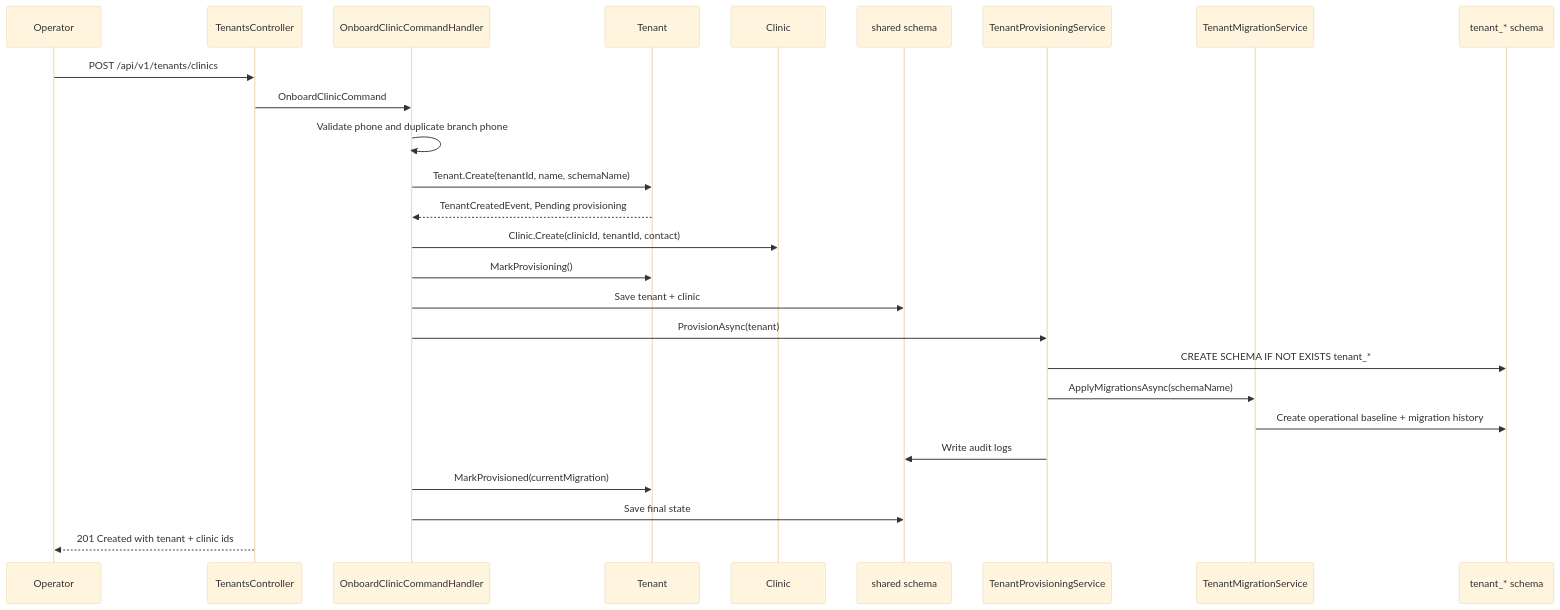
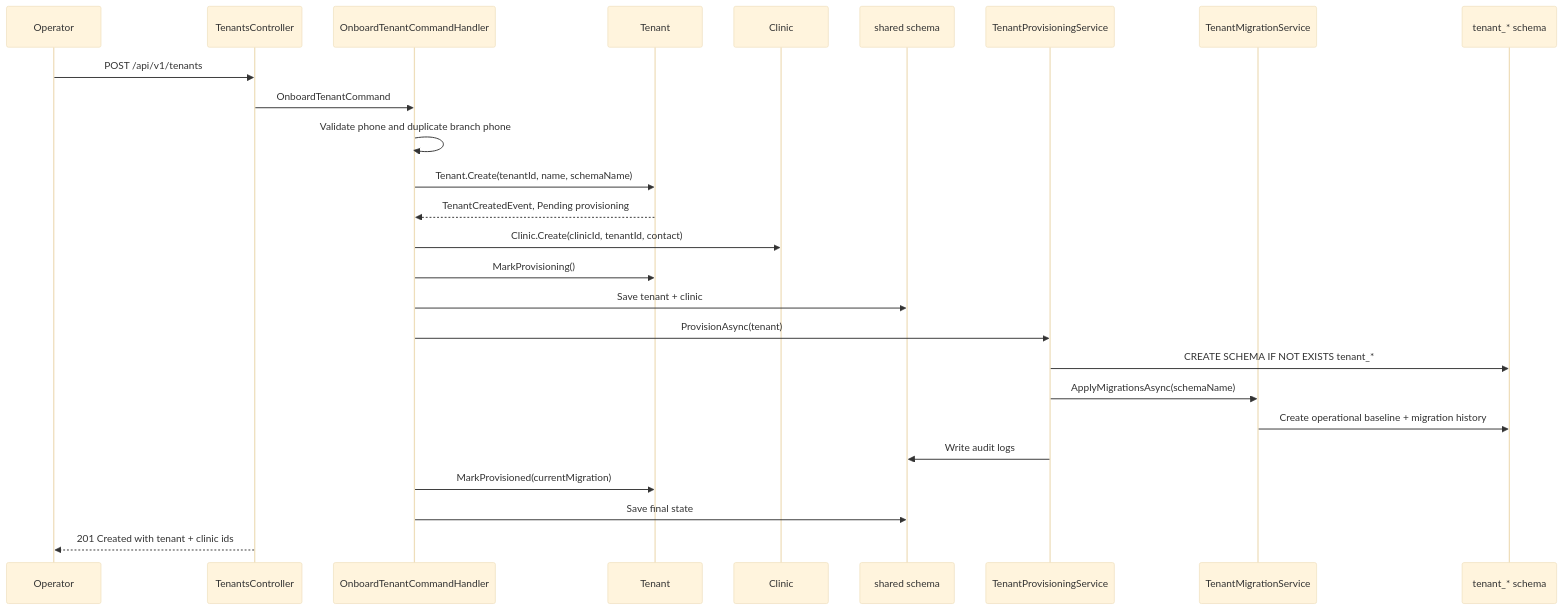
The second of 2 diagrams in learning-journey/003-tenant-provisioning/architecture-walkthrough.md (Bishoy-Mmb/CliniKey), drawn with Mermaid (base theme) before and after one commit. The commit also changed other lines of this file and 43 other files, not shown here.

Commit message:
Rename tenant management API surface

````diff
--- a/learning-journey/003-tenant-provisioning/architecture-walkthrough.md
+++ b/learning-journey/003-tenant-provisioning/architecture-walkthrough.md
@@ -82,29 +82,29 @@
 ```mermaid
 sequenceDiagram
     participant Operator
     participant API as TenantsController
-    participant Handler as OnboardClinicCommandHandler
+    participant Handler as OnboardTenantCommandHandler
     participant Tenant
     participant Clinic
     participant Shared as shared schema
     participant Provisioning as TenantProvisioningService
     participant Migration as TenantMigrationService
     participant TenantDb as tenant_* schema
 
-    Operator->>API: POST /api/v1/tenants/clinics
-    API->>Handler: OnboardClinicCommand
+    Operator->>API: POST /api/v1/tenants
+    API->>Handler: OnboardTenantCommand
     Handler->>Handler: Validate phone and duplicate branch phone
     Handler->>Tenant: Tenant.Create(tenantId, name, schemaName)
     Tenant-->>Handler: TenantCreatedEvent, Pending provisioning
     Handler->>Clinic: Clinic.Create(clinicId, tenantId, contact)
     Handler->>Tenant: MarkProvisioning()
     Handler->>Shared: Save tenant + clinic
     Handler->>Provisioning: ProvisionAsync(tenant)
     Provisioning->>TenantDb: CREATE SCHEMA IF NOT EXISTS tenant_*
     Provisioning->>Migration: ApplyMigrationsAsync(schemaName)
     Migration->>TenantDb: Create operational baseline + migration history
     Provisioning->>Shared: Write audit logs
     Handler->>Tenant: MarkProvisioned(currentMigration)
     Handler->>Shared: Save final state
     API-->>Operator: 201 Created with tenant + clinic ids
 ```
````
